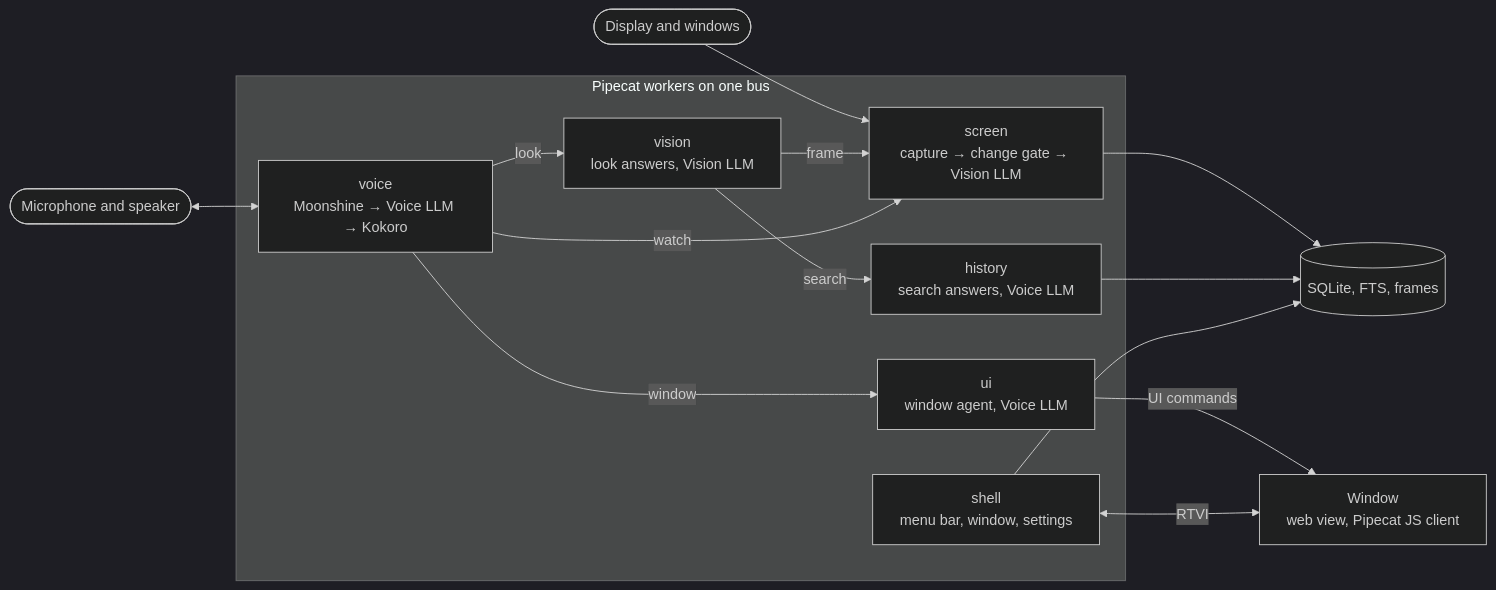
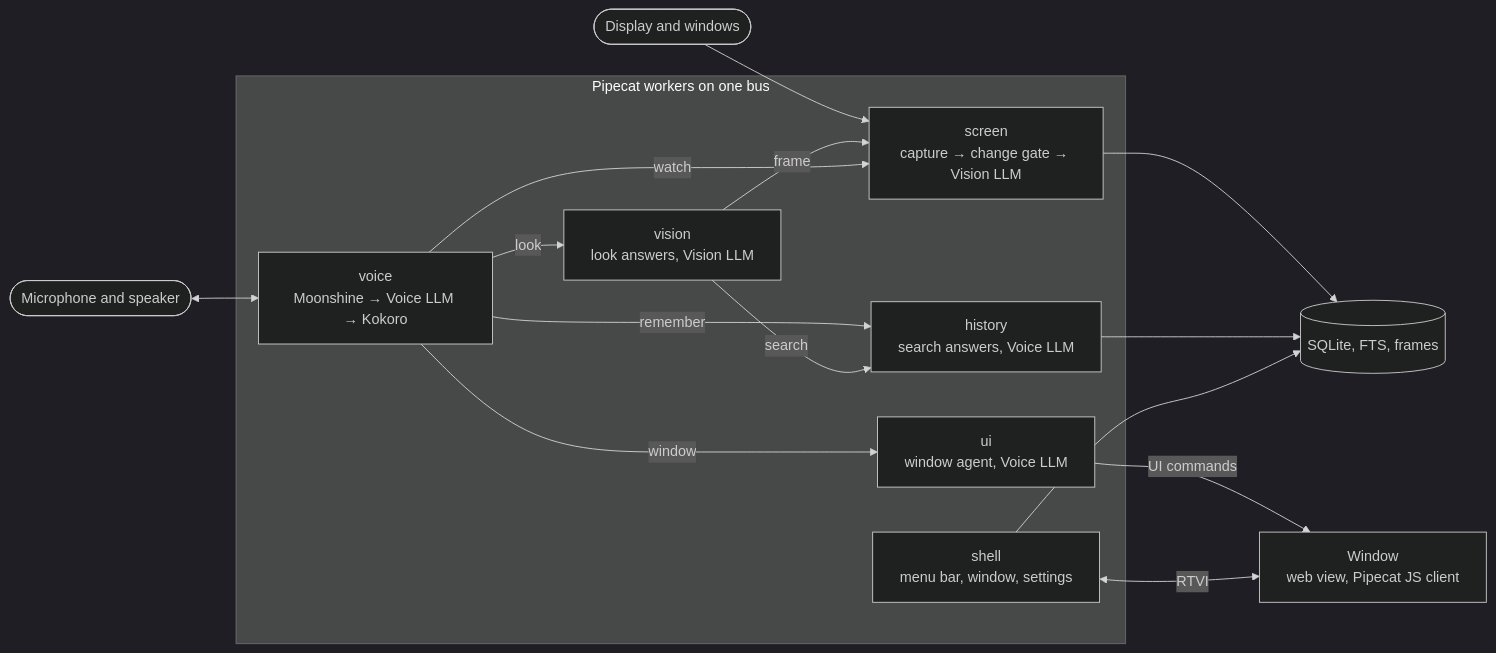
Before and after one commit to pipecat-ai/peekaboo: the first of 4 diagrams in README.md, drawn with Mermaid (dark theme). The commit also changed other lines of this file and 4 other files, not shown here.

Commit message:
Questions about the past go straight to history: a remember tool, no frame, no vision model

````diff
--- a/README.md
+++ b/README.md
@@ -51,23 +51,24 @@
 ```mermaid
 flowchart LR
   mic([Microphone and speaker]) <--> voice
   display([Display and windows]) --> screen
   subgraph bus[Pipecat workers on one bus]
     voice["voice<br/>Moonshine → Voice LLM → Kokoro"]
     screen["screen<br/>capture → change gate → Vision LLM"]
     vision["vision<br/>look answers, Vision LLM"]
     history["history<br/>search answers, Voice LLM"]
     ui["ui<br/>window agent, Voice LLM"]
     shell["shell<br/>menu bar, window, settings"]
   end
   voice -- "look" --> vision
   vision -- "frame" --> screen
+  voice -- "remember" --> history
   vision -- "search" --> history
   voice -- "watch" --> screen
   voice -- "window" --> ui
   screen --> store[(SQLite, FTS, frames)]
   history --> store
   shell --> store
   ui -- "UI commands" --> page
   shell <-- "RTVI" --> page["Window<br/>web view, Pipecat JS client"]
 ```
````
